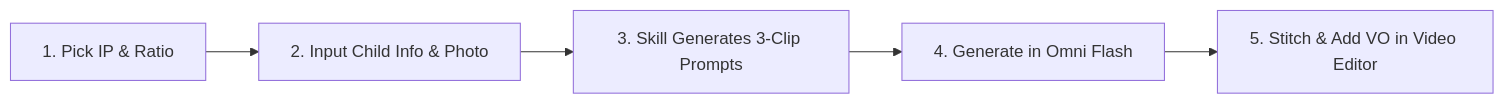
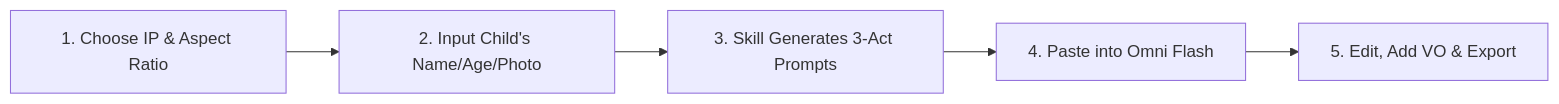
The diagram in README.en.md (kaomei/kid-papercraft), drawn with Mermaid before and after one commit. The commit also changed other lines of this file and 4 other files, not shown here.

````diff
--- a/README.en.md
+++ b/README.en.md
@@ -64,7 +56,7 @@
 ```mermaid
 flowchart LR
-    A[1. Pick IP & Ratio] --> B[2. Input Child Info & Photo]
-    B --> C[3. Skill Generates 3-Clip Prompts]
-    C --> D[4. Generate in Omni Flash]
-    D --> E[5. Stitch & Add VO in Video Editor]
+    A[1. Choose IP & Aspect Ratio] --> B[2. Input Child's Name/Age/Photo]
+    B --> C[3. Skill Generates 3-Act Prompts]
+    C --> D[4. Paste into Omni Flash]
+    D --> E[5. Edit, Add VO & Export]
 ```
````
